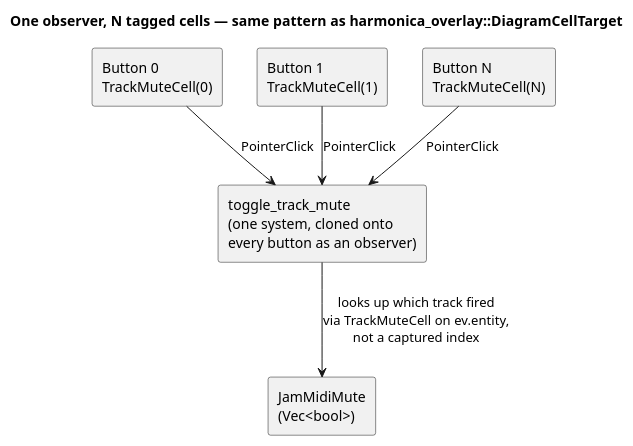
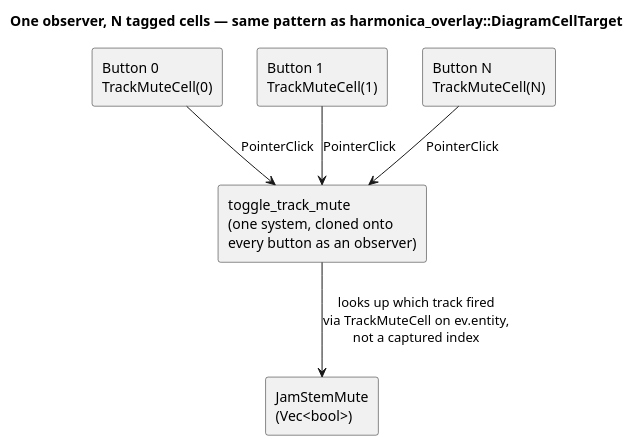
Before and after one commit to taupter/harmonicon: the fourth of 4 diagrams in contributing/src/jam-session-architecture.md, drawn with PlantUML. The commit also changed other lines of this file and 15 other files, not shown here.

````diff
--- a/contributing/src/jam-session-architecture.md
+++ b/contributing/src/jam-session-architecture.md
@@ -219,17 +218,17 @@
 ```plantuml
 @startuml
 title One observer, N tagged cells — same pattern as harmonica_overlay::DiagramCellTarget
 skinparam componentStyle rectangle
 
 rectangle "Button 0\nTrackMuteCell(0)" as b0
 rectangle "Button 1\nTrackMuteCell(1)" as b1
 rectangle "Button N\nTrackMuteCell(N)" as bn
 rectangle "toggle_track_mute\n(one system, cloned onto\nevery button as an observer)" as observer
-rectangle "JamMidiMute\n(Vec<bool>)" as mute
+rectangle "JamStemMute\n(Vec<bool>)" as mute
 
 b0 -down-> observer : PointerClick
 b1 -down-> observer : PointerClick
 bn -down-> observer : PointerClick
 observer -down-> mute : looks up which track fired\nvia TrackMuteCell on ev.entity,\nnot a captured index
 @enduml
 ```
````
